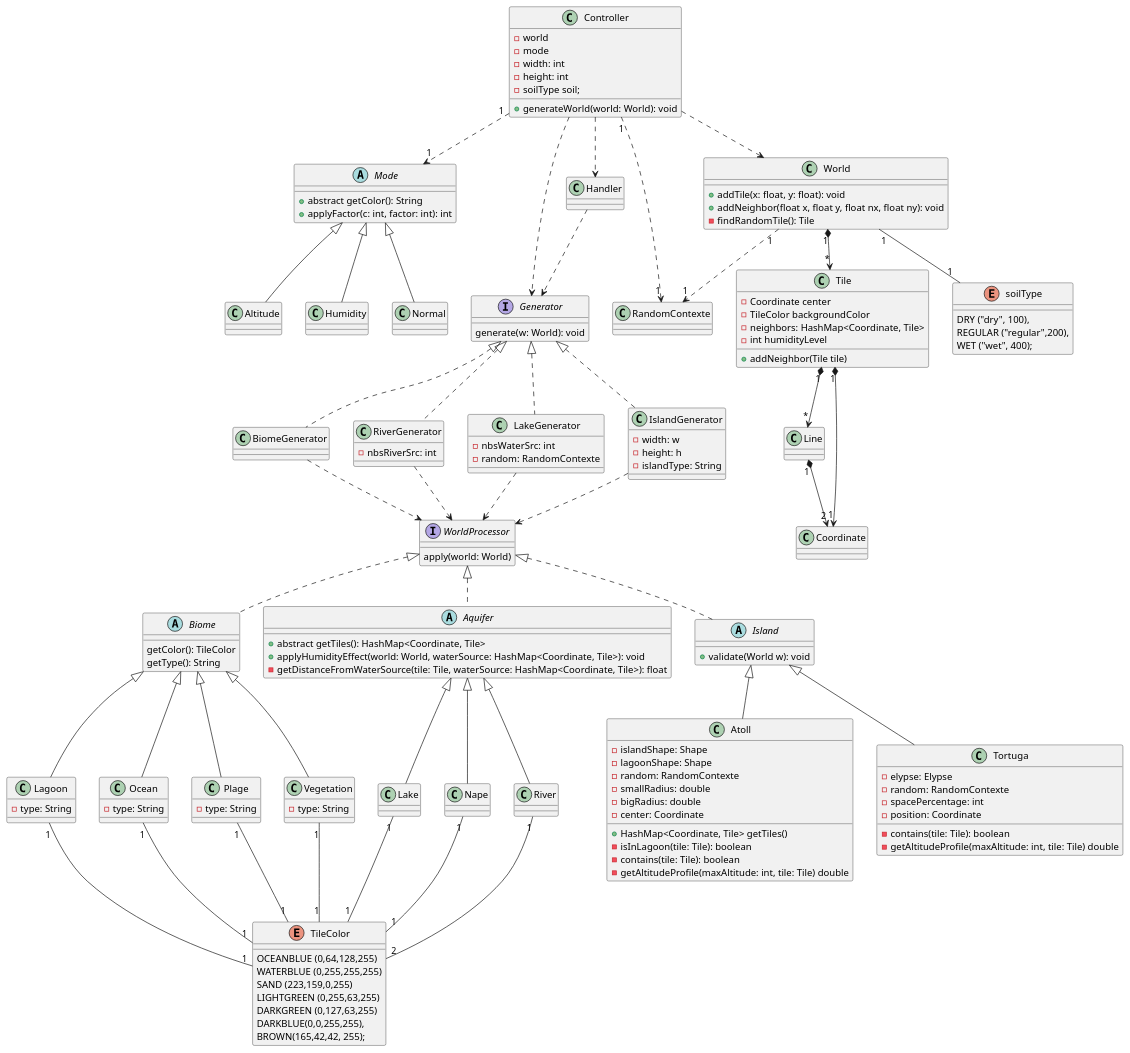
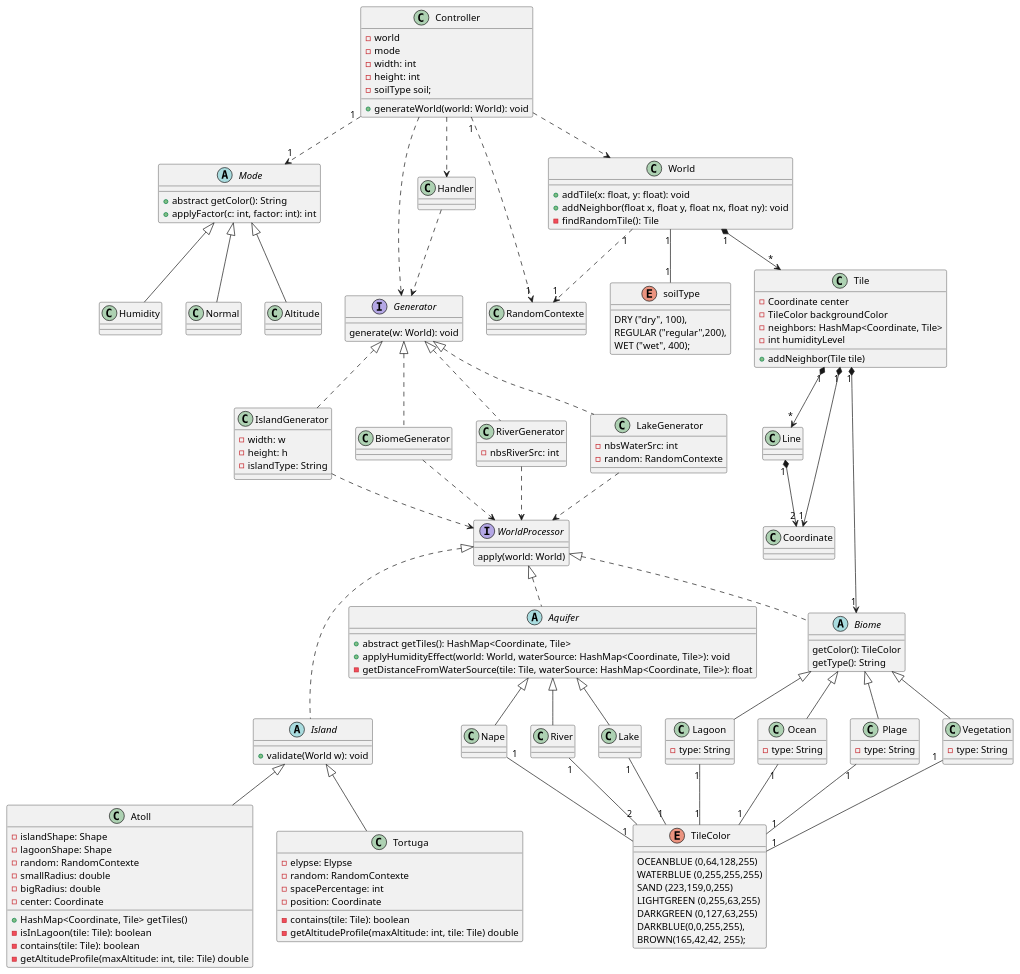
One commit to cryptoswarm/terrain-generator changed the diagram in diagrammeDeClasse_map.puml. Above: the diagram before and after it, drawn with PlantUML. The commit also changed 8 other files, not shown here.

Commit message:
diagrame de classe

```diff
--- a/diagrammeDeClasse_map.puml
+++ b/diagrammeDeClasse_map.puml
@@ -162,6 +162,7 @@
 
 Tile "1" *--> "*" Line
 Tile "1" *--> "1" Coordinate
+Tile "1" *--> "1" Biome
 
 Line "1" *--> "2" Coordinate
 ''' Enum '''
@@ -197,8 +198,8 @@
 
 
 Biome .up.|> WorldProcessor
-Island .up.|> WorldProcessor
 Aquifer .up.|> WorldProcessor
+Island ..up.|> WorldProcessor
 
 
 BiomeGenerator ..> WorldProcessor
```
